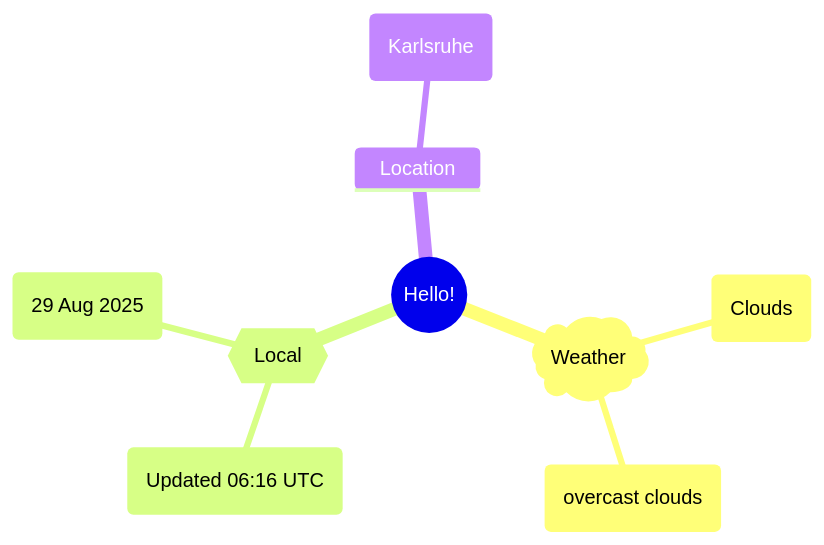
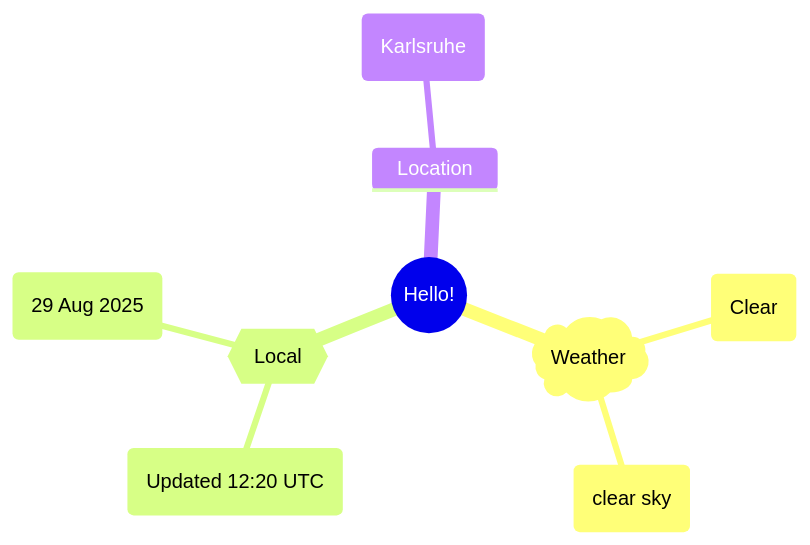
Before and after one commit to Xosrov/Xosrov: the first of 2 diagrams in README.md, drawn with Mermaid.

Commit message:
[bot] updated images

````diff
--- a/README.md
+++ b/README.md
@@ -3,12 +3,12 @@
 ```mermaid
 mindmap
   root((Hello!))
     )Weather(
-        (Clouds)
-        (overcast clouds)
+        (Clear)
+        (clear sky)
     {{Local}}
-        (Updated 06:16 UTC)
+        (Updated 12:20 UTC)
         (29 Aug 2025)
     Location
         (Karlsruhe)
 ```
````
